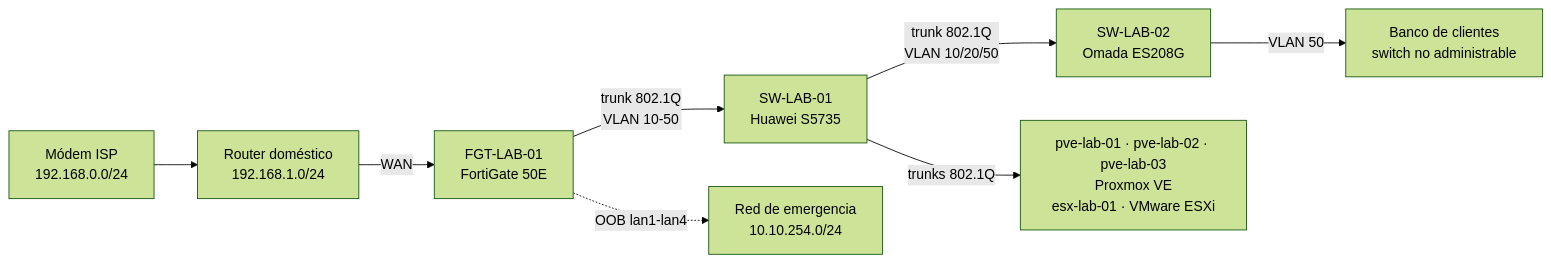
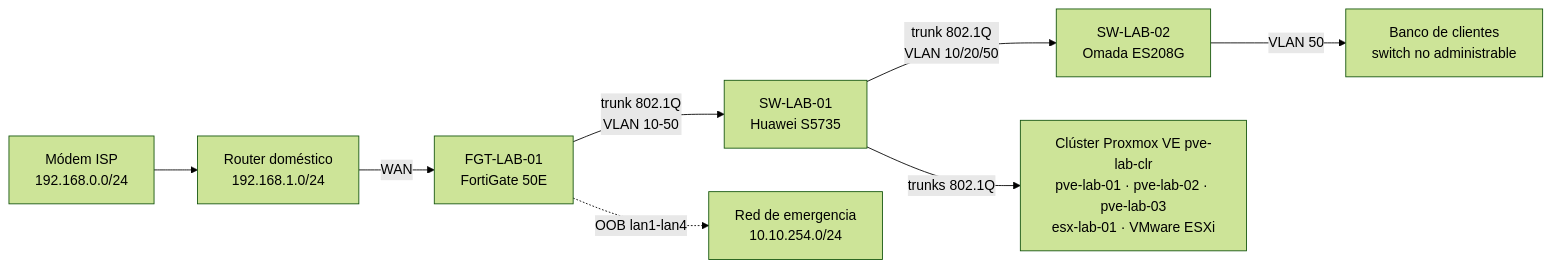
The diagram in README.md (Alce1551/EICL-HOMELAB), drawn with Mermaid (forest theme) before and after one commit. The commit also changed other lines of this file and 54 other files, not shown here.

````diff
--- a/README.md
+++ b/README.md
@@ -29,10 +29,10 @@
 ```mermaid
 flowchart LR
     ISP[Módem ISP<br/>192.168.0.0/24] --> ARC[Router doméstico<br/>192.168.1.0/24]
     ARC -->|WAN| FGT[FGT-LAB-01<br/>FortiGate 50E]
     FGT -->|trunk 802.1Q<br/>VLAN 10-50| SW1[SW-LAB-01<br/>Huawei S5735]
     SW1 -->|trunk 802.1Q<br/>VLAN 10/20/50| SW2[SW-LAB-02<br/>Omada ES208G]
     SW2 -->|VLAN 50| BAN[Banco de clientes<br/>switch no administrable]
-    SW1 -->|trunks 802.1Q| SRV[pve-lab-01 · pve-lab-02 · pve-lab-03<br/>Proxmox VE<br/>esx-lab-01 · VMware ESXi]
+    SW1 -->|trunks 802.1Q| SRV[Clúster Proxmox VE pve-lab-clr<br/>pve-lab-01 · pve-lab-02 · pve-lab-03<br/>esx-lab-01 · VMware ESXi]
     FGT -.->|OOB lan1-lan4| OOB[Red de emergencia<br/>10.10.254.0/24]
 ```
````
